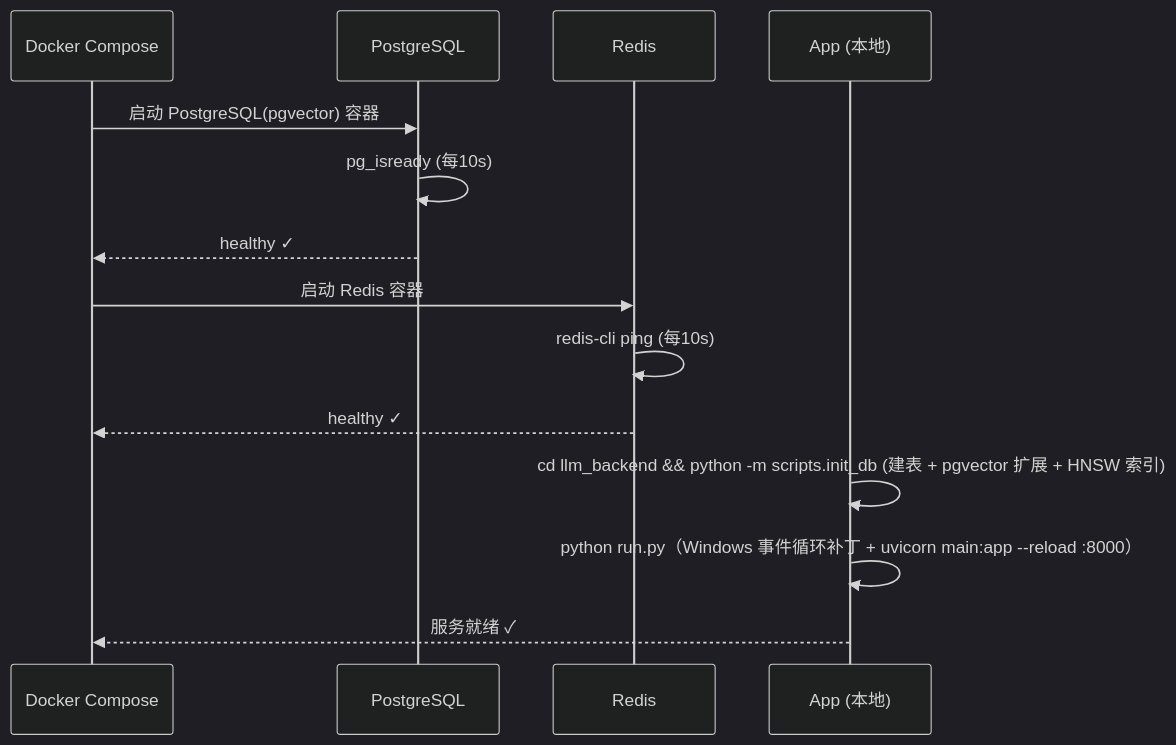
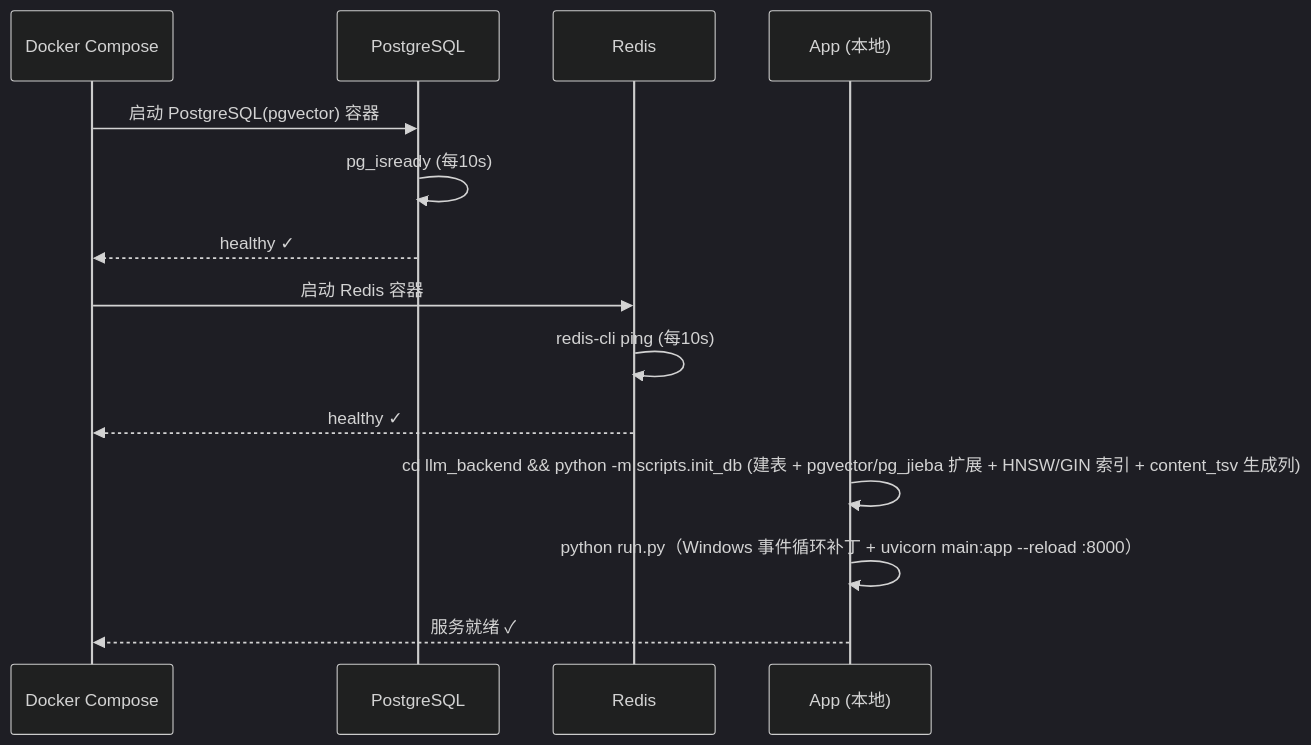
One commit to blowt16/SmartCS-Agent changed diagram 14 of 14 in docs/PROJECT_ANALYSIS.md. Above: the diagram before and after it, drawn with Mermaid (dark theme). The commit also changed other lines of this file, not shown here.

````diff
--- a/docs/PROJECT_ANALYSIS.md
+++ b/docs/PROJECT_ANALYSIS.md
@@ -929,19 +935,19 @@
 ```mermaid
 sequenceDiagram
     participant DC as Docker Compose
     participant M as PostgreSQL
     participant R as Redis
     participant A as App (本地)
 
     DC->>M: 启动 PostgreSQL(pgvector) 容器
     M->>M: pg_isready (每10s)
     M-->>DC: healthy ✓
 
     DC->>R: 启动 Redis 容器
     R->>R: redis-cli ping (每10s)
     R-->>DC: healthy ✓
 
-    A->>A: cd llm_backend && python -m scripts.init_db (建表 + pgvector 扩展 + HNSW 索引)
+    A->>A: cd llm_backend && python -m scripts.init_db (建表 + pgvector/pg_jieba 扩展 + HNSW/GIN 索引 + content_tsv 生成列)
     A->>A: python run.py（Windows 事件循环补丁 + uvicorn main:app --reload :8000）
     A-->>DC: 服务就绪 ✓
 ```
````
